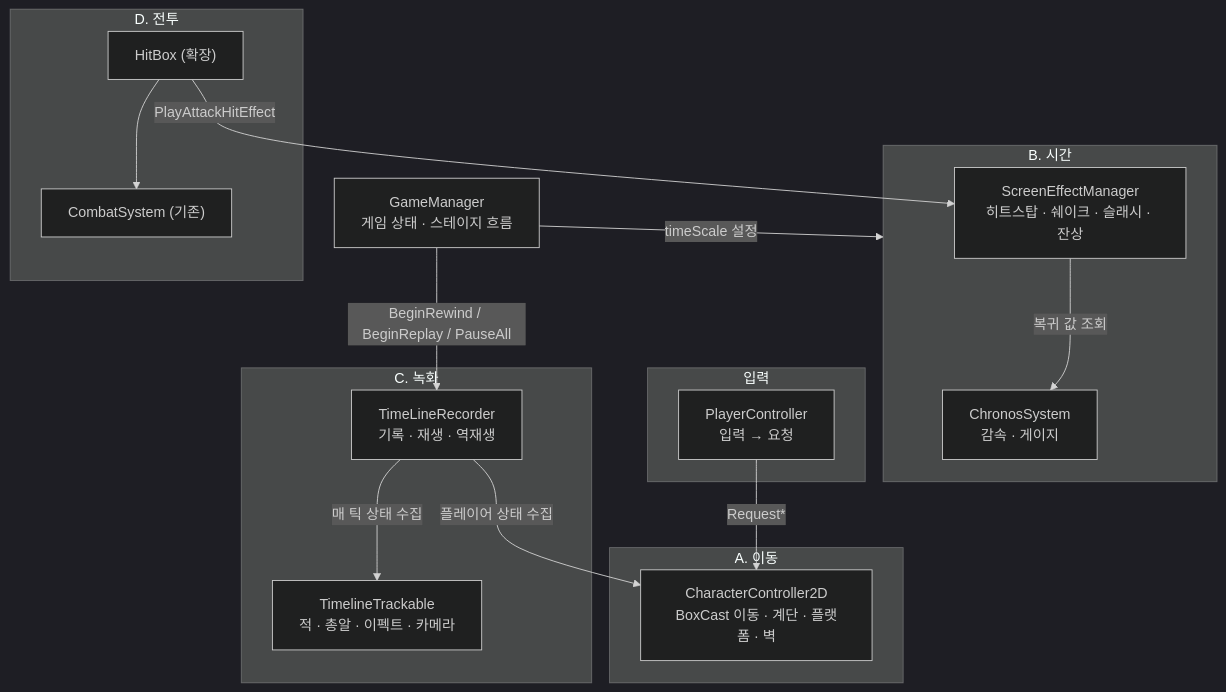
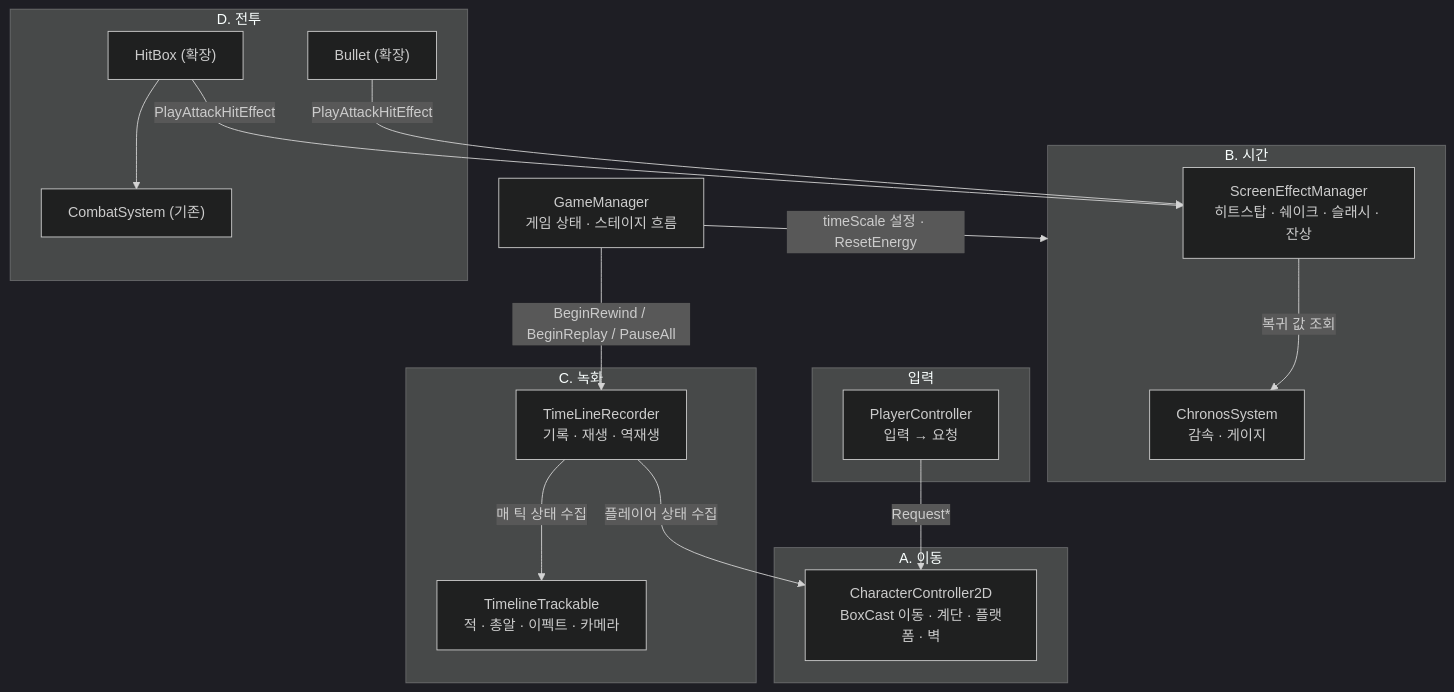
The sixth of 6 diagrams in src/03-katana-zero/기술문서.md (NaJungWon/portfolio), drawn with Mermaid (dark theme) before and after one commit. The commit also changed other lines of this file and 5 other files, not shown here.

````diff
--- a/src/03-katana-zero/기술문서.md
+++ b/src/03-katana-zero/기술문서.md
@@ -973,29 +1100,31 @@
 ```mermaid
 flowchart TB
     subgraph Input["입력"]
         PC["PlayerController<br/>입력 → 요청"]
     end
     subgraph Move["A. 이동"]
         CC["CharacterController2D<br/>BoxCast 이동 · 계단 · 플랫폼 · 벽"]
     end
     subgraph Time["B. 시간"]
         CH["ChronosSystem<br/>감속 · 게이지"]
         HS["ScreenEffectManager<br/>히트스탑 · 쉐이크 · 슬래시 · 잔상"]
     end
     subgraph Rec["C. 녹화"]
         TR["TimeLineRecorder<br/>기록 · 재생 · 역재생"]
         TT["TimelineTrackable<br/>적 · 총알 · 이펙트 · 카메라"]
     end
     subgraph Combat["D. 전투"]
         HB["HitBox (확장)"] --> CS["CombatSystem (기존)"]
+        BU["Bullet (확장)"]
     end
     GM["GameManager<br/>게임 상태 · 스테이지 흐름"]
 
     PC -->|Request*| CC
     GM -->|BeginRewind / BeginReplay / PauseAll| TR
-    GM -->|timeScale 설정| Time
+    GM -->|timeScale 설정 · ResetEnergy| Time
     TR -->|매 틱 상태 수집| TT
     TR -->|플레이어 상태 수집| CC
     HB -->|PlayAttackHitEffect| HS
+    BU -->|PlayAttackHitEffect| HS
     HS -->|복귀 값 조회| CH
 ```
````
